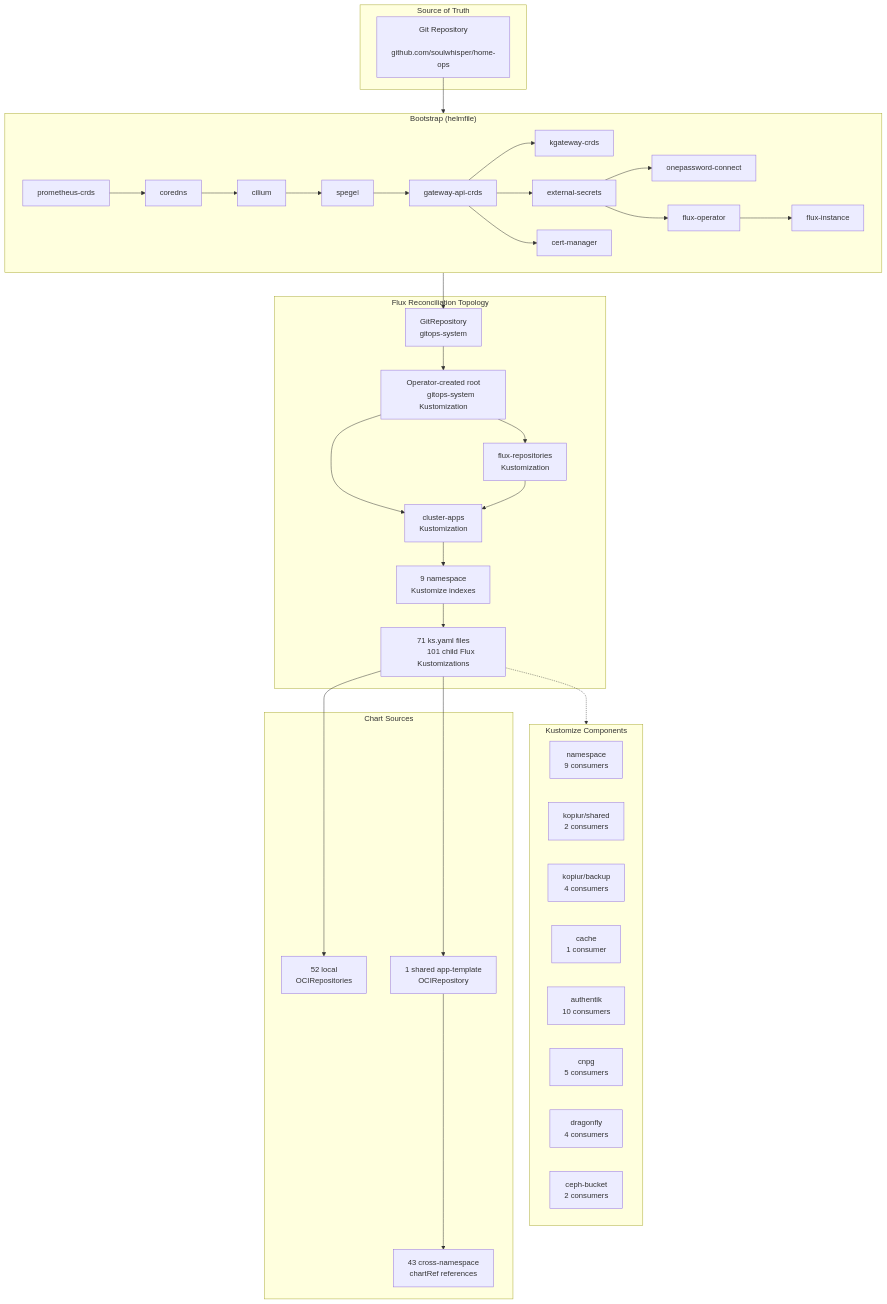
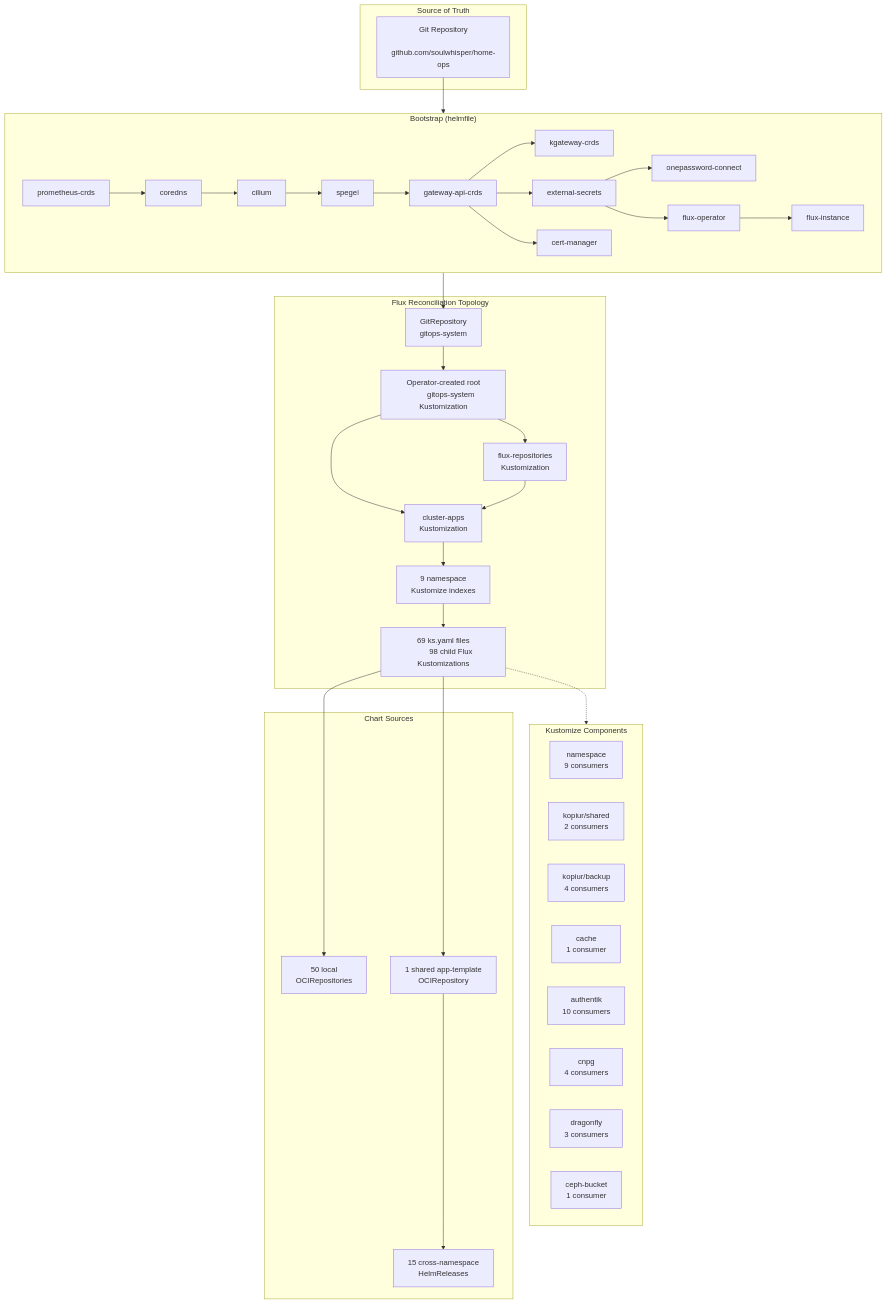
The diagram in docs/infrastructure/kubernetes.md (soulwhisper/home-ops), drawn with Mermaid before and after one commit. The commit also changed other lines of this file and 35 other files, not shown here.

````diff
--- a/docs/infrastructure/kubernetes.md
+++ b/docs/infrastructure/kubernetes.md
@@ -12,71 +12,71 @@
 ```mermaid
 flowchart TB
     subgraph Source["Source of Truth"]
         GIT["Git Repository
         github.com/soulwhisper/home-ops"]
     end
 
     subgraph Bootstrap["Bootstrap (helmfile)"]
         direction LR
         B1["prometheus-crds"] --> B2["coredns"]
         B2 --> B3["cilium"]
         B3 --> B4["spegel"]
         B4 --> B5["gateway-api-crds"]
         B5 --> B6["kgateway-crds"]
         B5 --> B7["external-secrets"]
         B5 --> B8["cert-manager"]
         B7 --> B9["onepassword-connect"]
         B7 --> B11["flux-operator"]
         B11 --> B12["flux-instance"]
     end
 
     subgraph FluxTopo["Flux Reconciliation Topology"]
         GR["GitRepository
         gitops-system"] --> ROOT["Operator-created root
         gitops-system Kustomization"]
         ROOT --> FR["flux-repositories
         Kustomization"]
         ROOT --> CA["cluster-apps
         Kustomization"]
         FR --> CA
         CA --> NS["9 namespace
         Kustomize indexes"]
-        NS --> APPS["71 ks.yaml files
-        101 child Flux Kustomizations"]
+        NS --> APPS["69 ks.yaml files
+        98 child Flux Kustomizations"]
     end
 
     subgraph Components["Kustomize Components"]
         NS_COMP["namespace
         9 consumers"]
         KOPIUR_SECRET["kopiur/shared
         2 consumers"]
         KOPIUR_BACKUP["kopiur/backup
         4 consumers"]
         CACHE["cache
         1 consumer"]
         AUTHENTIK["authentik
         10 consumers"]
         CNPG["cnpg
-        5 consumers"]
+        4 consumers"]
         DRAGONFLY["dragonfly
-        4 consumers"]
+        3 consumers"]
         CEPH["ceph-bucket
-        2 consumers"]
+        1 consumer"]
     end
 
     subgraph Charts["Chart Sources"]
-        OCI_OWN["52 local
+        OCI_OWN["50 local
         OCIRepositories"]
         OCI_TPL["1 shared app-template
         OCIRepository"]
-        CROSS["43 cross-namespace
-        chartRef references"]
+        CROSS["15 cross-namespace
+        HelmReleases"]
     end
 
     GIT --> Bootstrap
     Bootstrap --> GR
     APPS -.-> Components
     APPS --> OCI_OWN
     APPS --> OCI_TPL
     OCI_TPL --> CROSS
 ```
````
